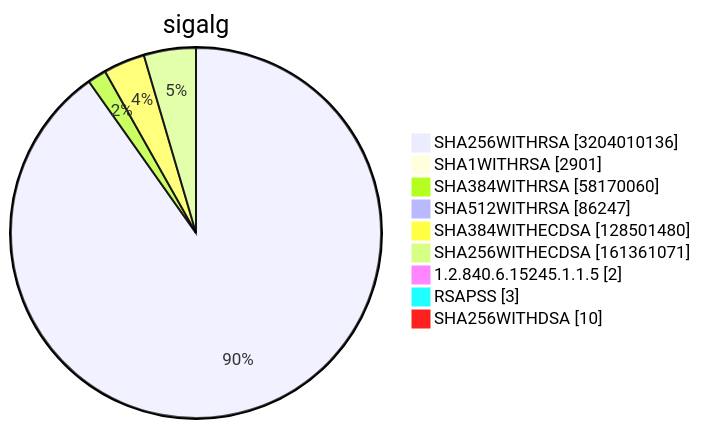
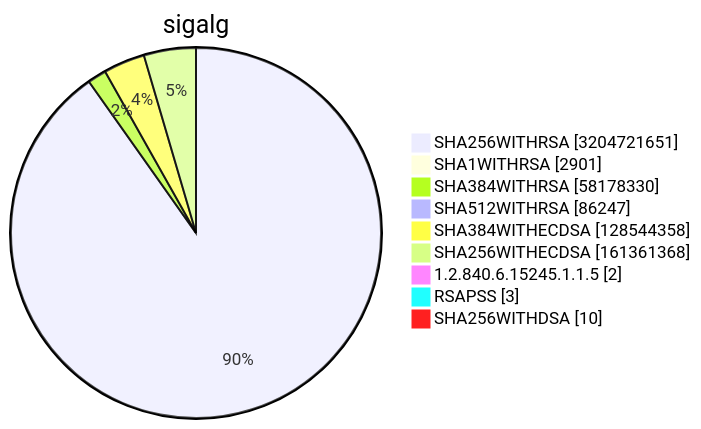
Before and after one commit to christiankrug/ctmonitor_visualization: diagram 15 of 15 in TOTAL/README.md, drawn with Mermaid. The commit also changed other lines of this file, not shown here.

````diff
--- a/TOTAL/README.md
+++ b/TOTAL/README.md
@@ -6216,13 +6216,13 @@
 ```mermaid
 pie showData
 title sigalg
-"SHA256WITHRSA" :3204010136
+"SHA256WITHRSA" :3204721651
 "SHA1WITHRSA" :2901
-"SHA384WITHRSA" :58170060
+"SHA384WITHRSA" :58178330
 "SHA512WITHRSA" :86247
-"SHA384WITHECDSA" :128501480
-"SHA256WITHECDSA" :161361071
+"SHA384WITHECDSA" :128544358
+"SHA256WITHECDSA" :161361368
 "1.2.840.6.15245.1.1.5" :2
 "RSAPSS" :3
 "SHA256WITHDSA" :10
 ```
````
